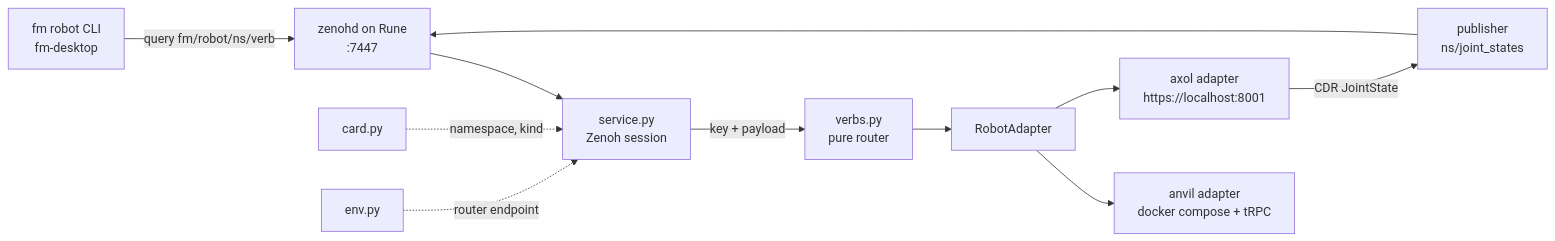
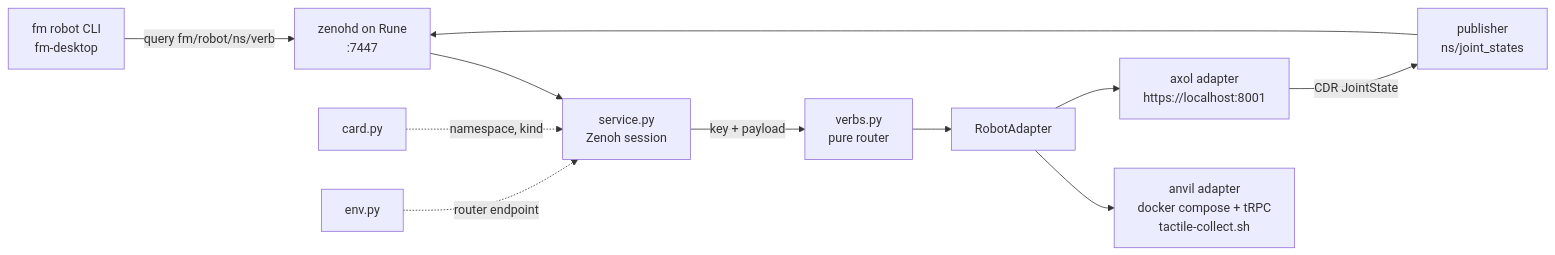
The diagram in src/fm_robot_agent/README.md (first-motive/fm-robot-agent), drawn with Mermaid before and after one commit. The commit also changed other lines of this file and 16 other files, not shown here.

Commit message:
feat: add a collect verb for the anvil collection loop (#22)

````diff
--- a/src/fm_robot_agent/README.md
+++ b/src/fm_robot_agent/README.md
@@ -15,12 +15,12 @@
 ```mermaid
 flowchart LR
     D[fm robot CLI<br/>fm-desktop] -->|query fm/robot/ns/verb| R[zenohd on Rune<br/>:7447]
     R --> S[service.py<br/>Zenoh session]
     S -->|key + payload| V[verbs.py<br/>pure router]
     V --> A[RobotAdapter]
-    A --> AN[anvil adapter<br/>docker compose + tRPC]
+    A --> AN[anvil adapter<br/>docker compose + tRPC<br/>tactile-collect.sh]
     A --> AX[axol adapter<br/>https://localhost:8001]
     AX -->|CDR JointState| P[publisher<br/>ns/joint_states] --> R
     C[card.py] -.->|namespace, kind| S
     E[env.py] -.->|router endpoint| S
 ```
````
